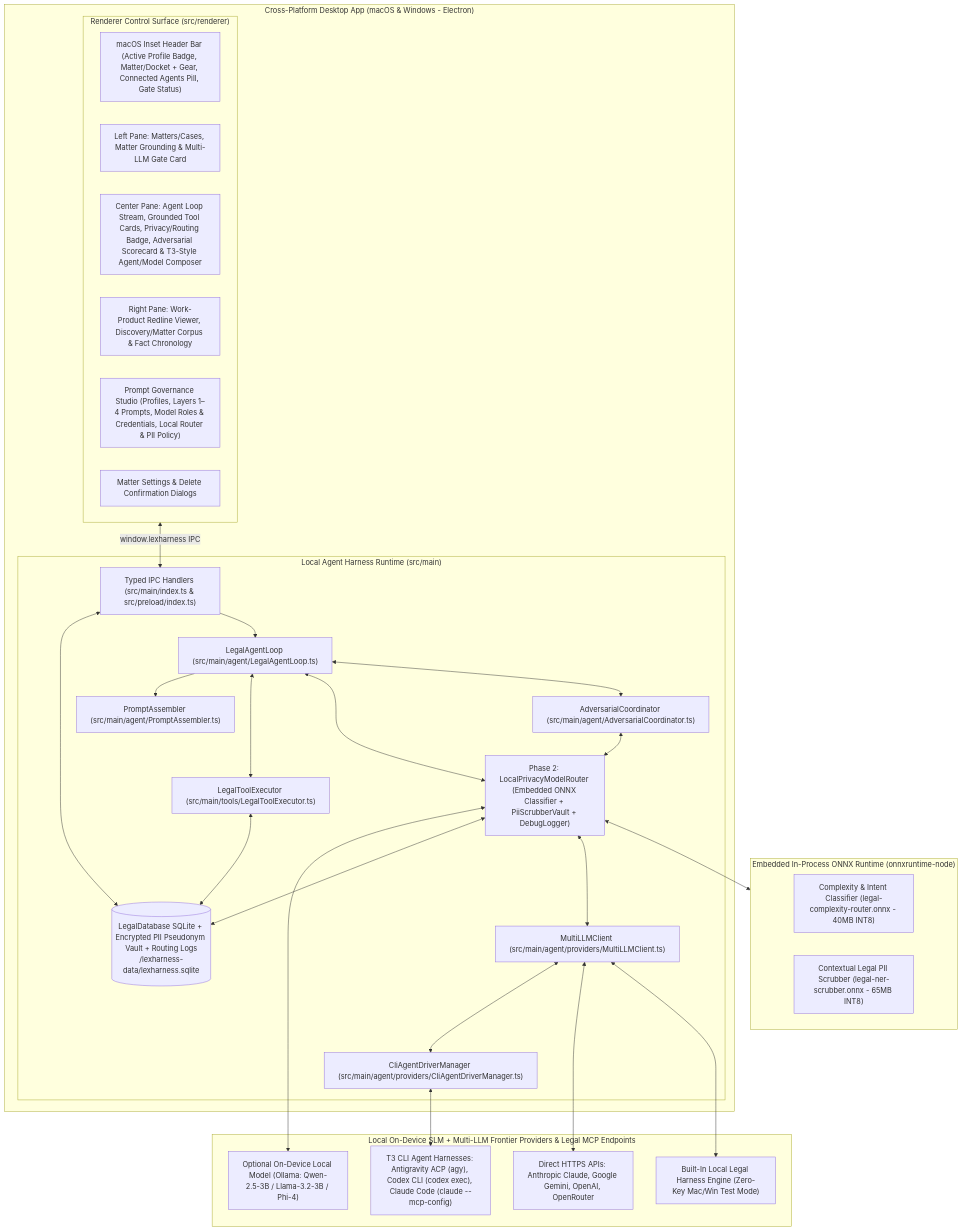
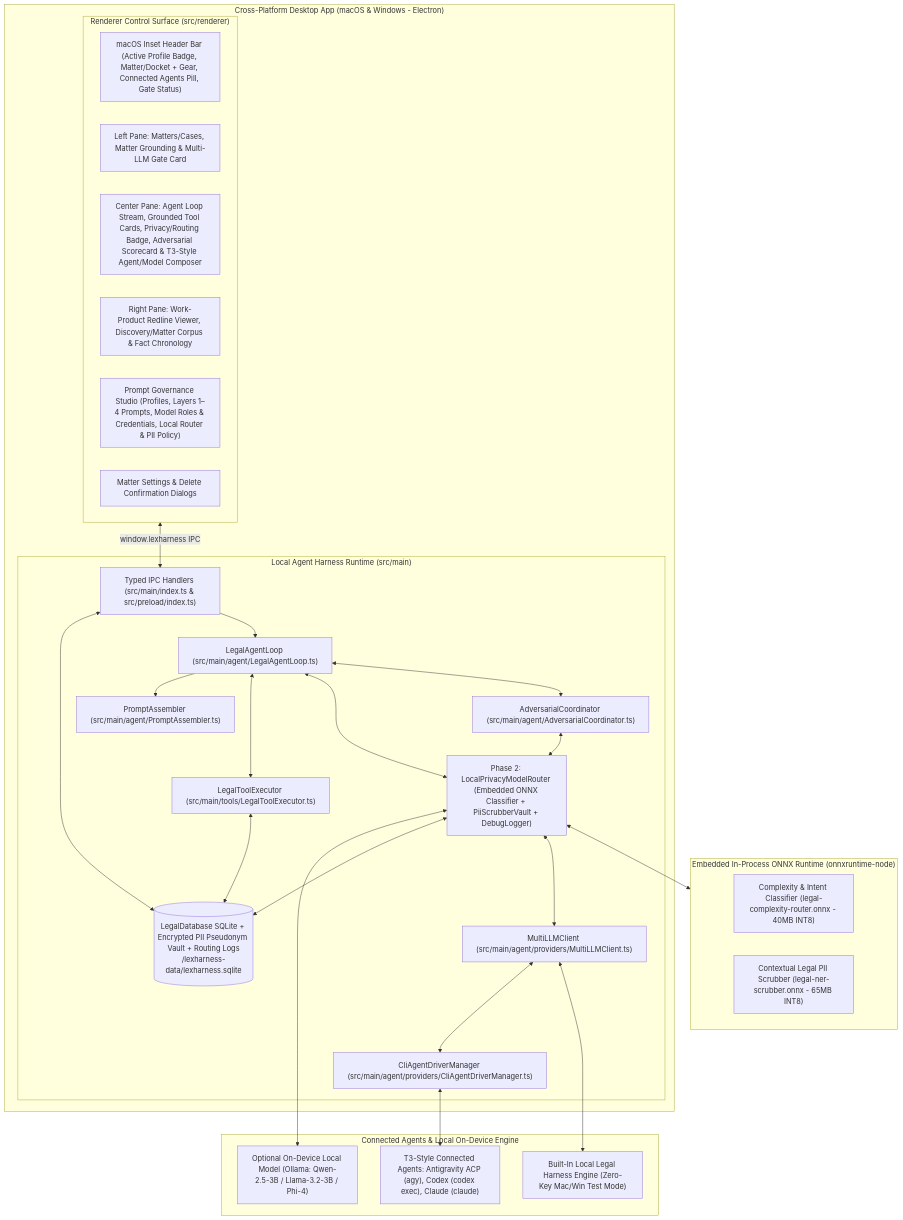
One commit to bentito/free-legal-assist changed the first of 3 diagrams in docs/PLAN.md. Above: the diagram before and after it, drawn with Mermaid. The commit also changed other lines of this file and 25 other files, not shown here.

Commit message:
release: v0.9.1 — T3-style Agent Setup & Providers UX, separated MCP Setup, and in-app updater

````diff
--- a/docs/PLAN.md
+++ b/docs/PLAN.md
@@ -25,55 +25,53 @@
 ```mermaid
 flowchart TB
     subgraph Desktop["Cross-Platform Desktop App (macOS & Windows - Electron)"]
         subgraph UI["Renderer Control Surface (src/renderer)"]
             Header["macOS Inset Header Bar (Active Profile Badge, Matter/Docket + Gear, Connected Agents Pill, Gate Status)"]
             LeftSidebar["Left Pane: Matters/Cases, Matter Grounding & Multi-LLM Gate Card"]
             CenterStream["Center Pane: Agent Loop Stream, Grounded Tool Cards, Privacy/Routing Badge, Adversarial Scorecard & T3-Style Agent/Model Composer"]
             RightPane["Right Pane: Work-Product Redline Viewer, Discovery/Matter Corpus & Fact Chronology"]
             StudioModal["Prompt Governance Studio (Profiles, Layers 1–4 Prompts, Model Roles & Credentials, Local Router & PII Policy)"]
             MatterModal["Matter Settings & Delete Confirmation Dialogs"]
         end
 
         subgraph Core["Local Agent Harness Runtime (src/main)"]
             IPC["Typed IPC Handlers (src/main/index.ts & src/preload/index.ts)"]
             Orchestrator["LegalAgentLoop (src/main/agent/LegalAgentLoop.ts)"]
             PromptAssembler["PromptAssembler (src/main/agent/PromptAssembler.ts)"]
             RouterGateway["Phase 2: LocalPrivacyModelRouter (Embedded ONNX Classifier + PiiScrubberVault + DebugLogger)"]
             CliDrivers["CliAgentDriverManager (src/main/agent/providers/CliAgentDriverManager.ts)"]
             AdversarialEngine["AdversarialCoordinator (src/main/agent/AdversarialCoordinator.ts)"]
             LLMClient["MultiLLMClient (src/main/agent/providers/MultiLLMClient.ts)"]
             ToolRunner["LegalToolExecutor (src/main/tools/LegalToolExecutor.ts)"]
             DB[("LegalDatabase SQLite + Encrypted PII Pseudonym Vault + Routing Logs\n<userData>/lexharness-data/lexharness.sqlite")]
         end
     end
 
     subgraph EmbeddedAI["Embedded In-Process ONNX Runtime (onnxruntime-node)"]
         OnnxRouter["Complexity & Intent Classifier (legal-complexity-router.onnx - 40MB INT8)"]
         OnnxNER["Contextual Legal PII Scrubber (legal-ner-scrubber.onnx - 65MB INT8)"]
     end
 
-    subgraph Providers["Local On-Device SLM + Multi-LLM Frontier Providers & Legal MCP Endpoints"]
+    subgraph Providers["Connected Agents & Local On-Device Engine"]
         LocalSLM["Optional On-Device Local Model (Ollama: Qwen-2.5-3B / Llama-3.2-3B / Phi-4)"]
-        CLI["T3 CLI Agent Harnesses: Antigravity ACP (agy), Codex CLI (codex exec), Claude Code (claude --mcp-config)"]
-        CloudAPIs["Direct HTTPS APIs: Anthropic Claude, Google Gemini, OpenAI, OpenRouter"]
+        CLI["T3-Style Connected Agents: Antigravity ACP (agy), Codex (codex exec), Claude (claude)"]
         Sim["Built-In Local Legal Harness Engine (Zero-Key Mac/Win Test Mode)"]
     end
 
     UI <-->|window.lexharness IPC| IPC
     IPC <--> DB
     IPC --> Orchestrator
     Orchestrator --> PromptAssembler
     Orchestrator <--> ToolRunner
     ToolRunner <--> DB
     Orchestrator <--> RouterGateway
     RouterGateway <--> EmbeddedAI
     RouterGateway <--> LocalSLM
     RouterGateway <--> DB
     RouterGateway <--> LLMClient
     Orchestrator <--> AdversarialEngine
     AdversarialEngine <--> RouterGateway
     LLMClient <--> CliDrivers
     CliDrivers <--> CLI
-    LLMClient <--> CloudAPIs
     LLMClient <--> Sim
 ```
````
